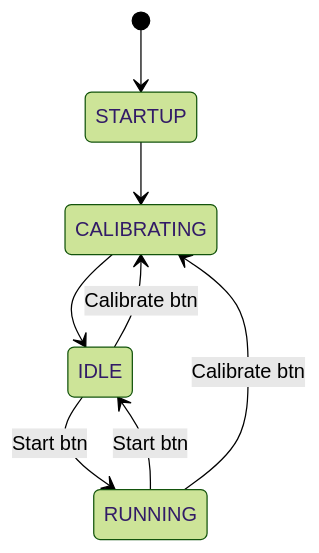
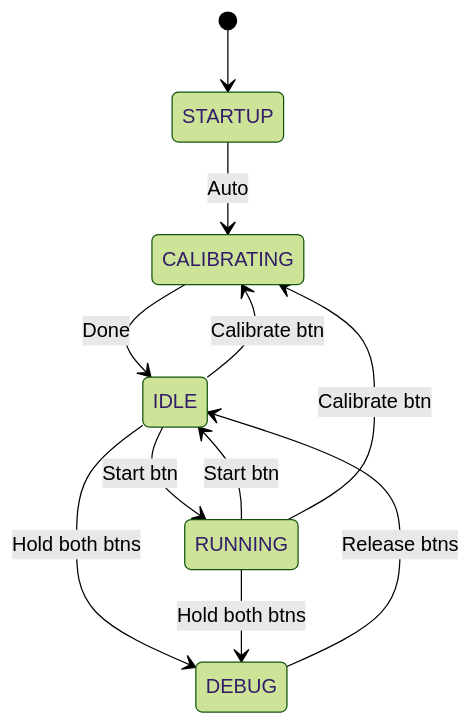
Before and after one commit to MadsRudolph/34621-Metal-Detector: the seventh of 9 diagrams in Code_Review.md, drawn with Mermaid (forest theme). The commit also changed other lines of this file and 17 other files, not shown here.

````diff
--- a/Code_Review.md
+++ b/Code_Review.md
@@ -1097,10 +600,16 @@
 ```mermaid
 stateDiagram-v2
     [*] --> STARTUP
-    STARTUP --> CALIBRATING
-    CALIBRATING --> IDLE
+    STARTUP --> CALIBRATING: Auto
+    CALIBRATING --> IDLE: Done
+
     IDLE --> RUNNING: Start btn
     IDLE --> CALIBRATING: Calibrate btn
+
     RUNNING --> IDLE: Start btn
     RUNNING --> CALIBRATING: Calibrate btn
+
+    IDLE --> DEBUG: Hold both btns
+    RUNNING --> DEBUG: Hold both btns
+    DEBUG --> IDLE: Release btns
 ```
````
